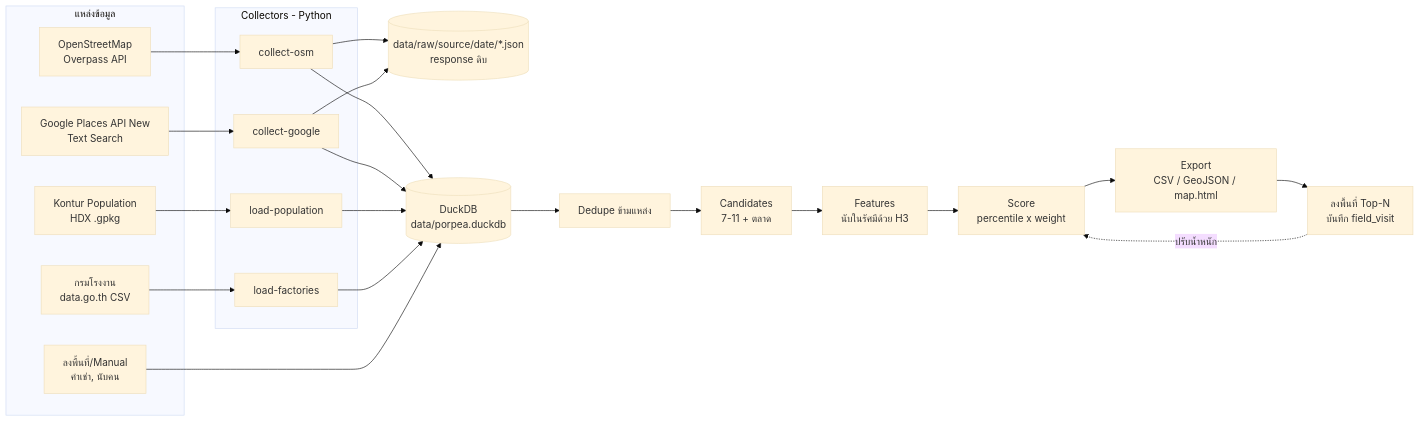
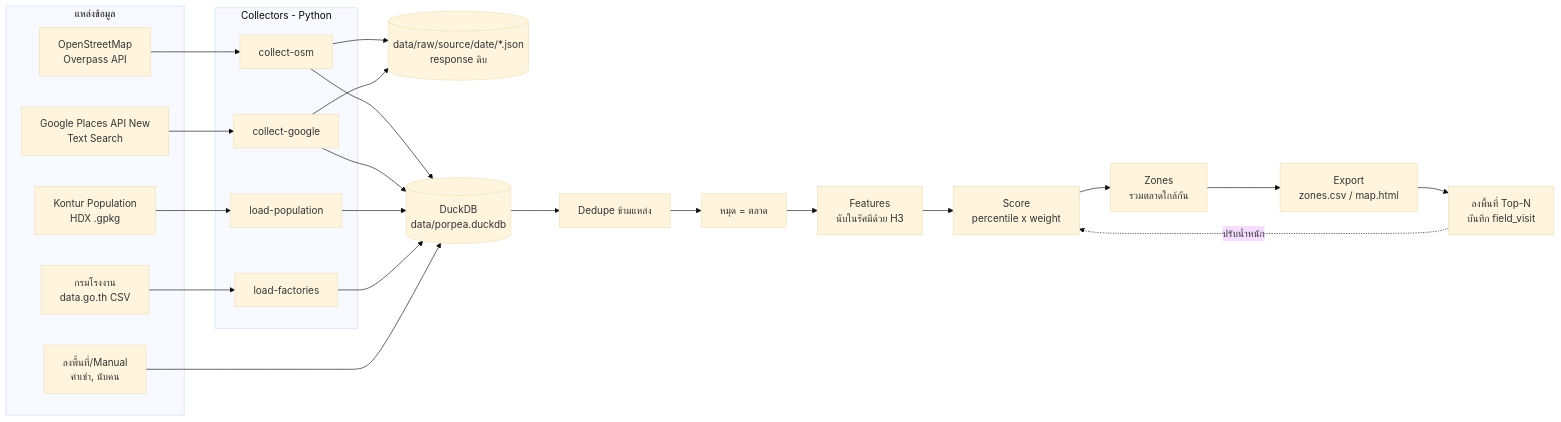
One commit to nnuster45/Porpea changed the diagram in docs/DESIGN.md. Above: the diagram before and after it, drawn with Mermaid (base theme). The commit also changed other lines of this file and 9 other files, not shown here.

````diff
--- a/docs/DESIGN.md
+++ b/docs/DESIGN.md
@@ -81,32 +85,33 @@
 ```mermaid
 flowchart LR
   subgraph Sources[แหล่งข้อมูล]
     OSM[OpenStreetMap<br/>Overpass API]
     GP[Google Places API New<br/>Text Search]
     POP[Kontur Population<br/>HDX .gpkg]
     DIW[กรมโรงงาน<br/>data.go.th CSV]
     MAN[ลงพื้นที่/Manual<br/>ค่าเช่า, นับคน]
   end
   subgraph Collect[Collectors - Python]
     C1[collect-osm]
     C2[collect-google]
     C3[load-population]
     C4[load-factories]
   end
   RAW[(data/raw/source/date/*.json<br/>response ดิบ)]
   DB[(DuckDB<br/>data/porpea.duckdb)]
   OSM --> C1
   GP --> C2
   POP --> C3
   DIW --> C4
   C1 & C2 --> RAW
   C1 & C2 & C3 & C4 --> DB
   MAN --> DB
   DB --> D[Dedupe ข้ามแหล่ง]
-  D --> CAND[Candidates<br/>7-11 + ตลาด]
+  D --> CAND[หมุด = ตลาด]
   CAND --> F[Features<br/>นับในรัศมีด้วย H3]
   F --> S[Score<br/>percentile x weight]
-  S --> E[Export<br/>CSV / GeoJSON / map.html]
+  S --> Z[Zones<br/>รวมตลาดใกล้กัน]
+  Z --> E[Export<br/>zones.csv / map.html]
   E --> V[ลงพื้นที่ Top-N<br/>บันทึก field_visit]
   V -. ปรับน้ำหนัก .-> S
 ```
````
